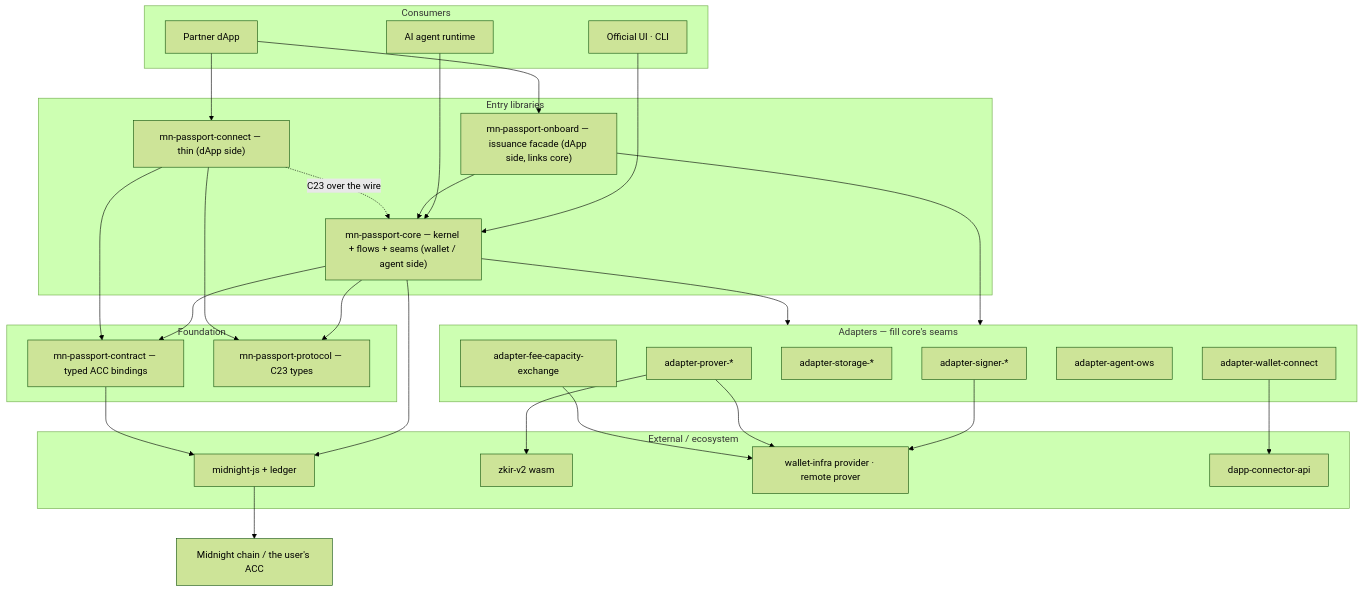
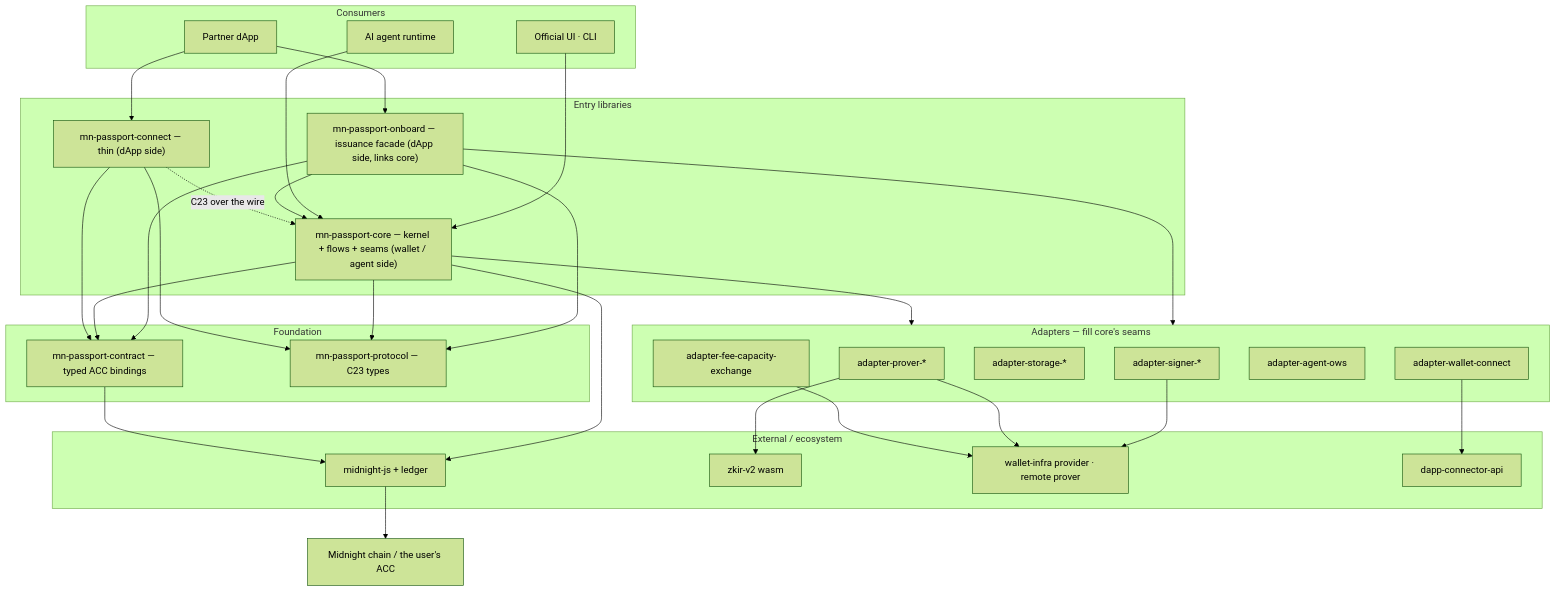
One commit to midnightntwrk/midnight-passport-sdk changed the fourth of 6 diagrams in docs/architecture.md. Above: the diagram before and after it, drawn with Mermaid (forest theme). The commit also changed other lines of this file and 7 other files, not shown here.

````diff
--- a/docs/architecture.md
+++ b/docs/architecture.md
@@ -424,53 +432,55 @@
 ```mermaid
 flowchart TB
   subgraph T0["Consumers"]
     UI["Official UI · CLI"]
     AGENT["AI agent runtime"]
     DAPP["Partner dApp"]
   end
   subgraph T1["Entry libraries"]
     CORE["mn-passport-core — kernel + flows + seams (wallet / agent side)"]
     CONNECT["mn-passport-connect — thin (dApp side)"]
     ONBOARD["mn-passport-onboard — issuance facade (dApp side, links core)"]
   end
   subgraph T2["Adapters — fill core's seams"]
     SIGN["adapter-signer-*"]
     PROVE["adapter-prover-*"]
     STORE["adapter-storage-*"]
     FEE["adapter-fee-capacity-exchange"]
     AGT["adapter-agent-ows"]
     WC["adapter-wallet-connect"]
   end
   subgraph T3["Foundation"]
     CONTRACT["mn-passport-contract — typed ACC bindings"]
     PROTO["mn-passport-protocol — C23 types"]
   end
   subgraph T4["External / ecosystem"]
     MJS["midnight-js + ledger"]
     WASM["zkir-v2 wasm"]
     PROV["wallet-infra provider · remote prover"]
     DCA["dapp-connector-api"]
   end
   CHAIN["Midnight chain / the user's ACC"]
 
   UI --> CORE
   AGENT --> CORE
   DAPP --> CONNECT
   DAPP --> ONBOARD
   ONBOARD --> CORE
   ONBOARD --> T2
+  ONBOARD --> CONTRACT
+  ONBOARD --> PROTO
   CORE --> T2
   CORE --> CONTRACT
   CORE --> PROTO
   CONNECT --> PROTO
   CONNECT --> CONTRACT
   CONNECT -. "C23 over the wire" .-> CORE
   SIGN --> PROV
   PROVE --> WASM
   PROVE --> PROV
   FEE --> PROV
   WC --> DCA
   CORE --> MJS
   CONTRACT --> MJS
   MJS --> CHAIN
 ```
````
